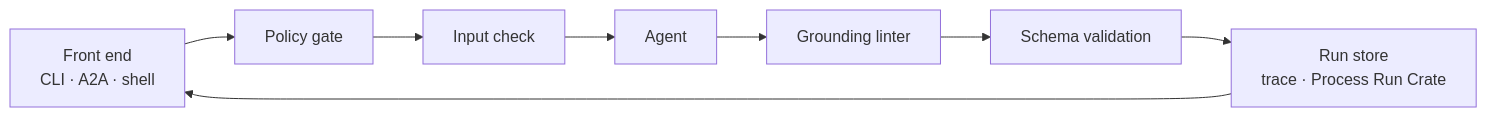
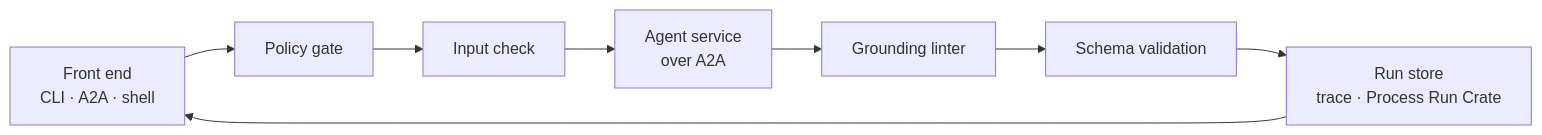
The diagram in workbench/docs/architecture.md (data-director-agent/data-director), drawn with Mermaid before and after one commit. The commit also changed other lines of this file and 12 other files, not shown here.

````diff
--- a/workbench/docs/architecture.md
+++ b/workbench/docs/architecture.md
@@ -15,10 +17,10 @@
 ```mermaid
 flowchart LR
     T["Front end<br/>CLI · A2A · shell"] --> P[Policy gate]
     P --> I[Input check]
-    I --> A[Agent]
+    I --> A["Agent service<br/>over A2A"]
     A --> G[Grounding linter]
     G --> V[Schema validation]
     V --> S["Run store<br/>trace · Process Run Crate"]
     S --> T
 ```
````
